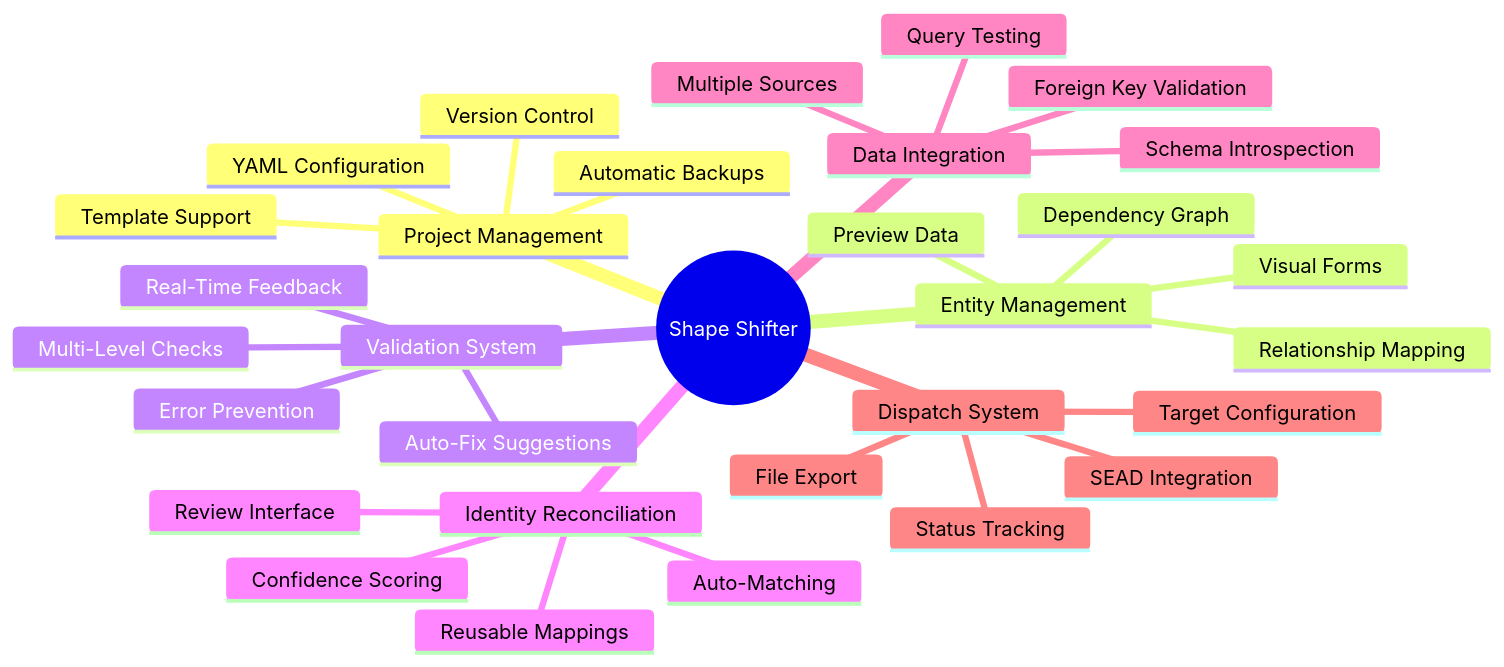
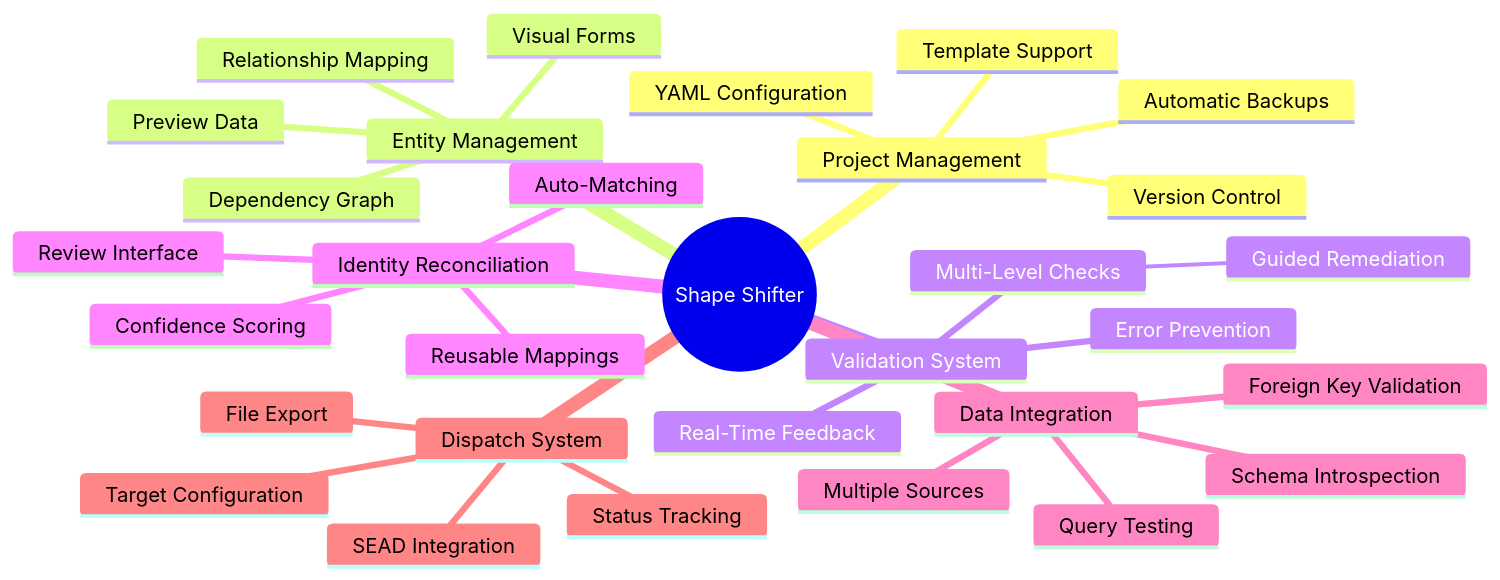
Before and after one commit to humlab-sead/sead_shape_shifter: diagram 11 of 15 in docs/SYSTEM_DIAGRAMS.md, drawn with Mermaid. The commit also changed other lines of this file and 11 other files, not shown here.

````diff
--- a/docs/SYSTEM_DIAGRAMS.md
+++ b/docs/SYSTEM_DIAGRAMS.md
@@ -566,34 +566,34 @@
 ```mermaid
 mindmap
   root((Shape Shifter))
     Project Management
       YAML Configuration
       Automatic Backups
       Version Control
       Template Support
     Entity Management
       Visual Forms
       Relationship Mapping
       Preview Data
       Dependency Graph
     Validation System
       Multi-Level Checks
-      Auto-Fix Suggestions
+            Guided Remediation
       Real-Time Feedback
       Error Prevention
     Identity Reconciliation
       Auto-Matching
       Confidence Scoring
       Review Interface
       Reusable Mappings
     Data Integration
       Multiple Sources
       Schema Introspection
       Query Testing
       Foreign Key Validation
     Dispatch System
       Target Configuration
       SEAD Integration
       File Export
       Status Tracking
 ```
````
